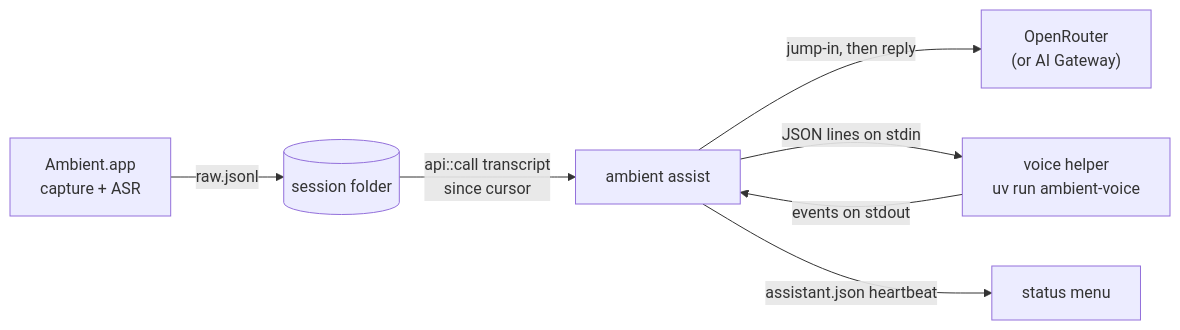
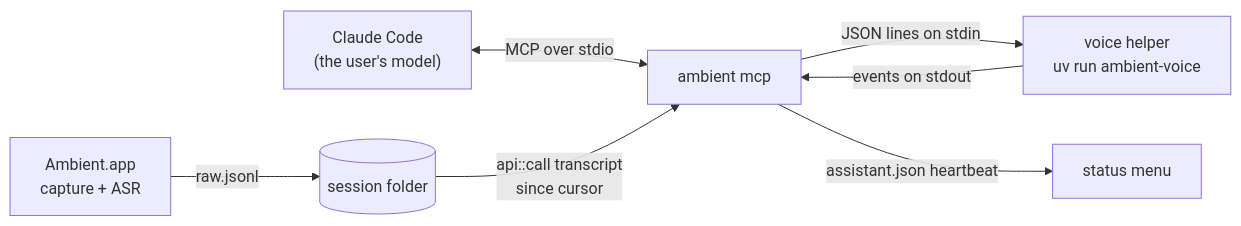
The diagram in docs/developing/live-assistant.md (jasonm4130-labs/ambient), drawn with Mermaid before and after one commit. The commit also changed other lines of this file and 22 other files, not shown here.

First line of the commit message:
Move the live assistant's judgement into the user's own agent over MCP

````diff
--- a/docs/developing/live-assistant.md
+++ b/docs/developing/live-assistant.md
@@ -17,9 +23,9 @@
 ```mermaid
 flowchart LR
     rec["Ambient.app<br/>capture + ASR"] -->|"raw.jsonl"| disk[("session folder")]
-    disk -->|"api::call transcript<br/>since cursor"| assist["ambient assist"]
-    assist -->|"jump-in, then reply"| or["OpenRouter<br/>(or AI Gateway)"]
-    assist -->|"JSON lines on stdin"| helper["voice helper<br/>uv run ambient-voice"]
-    helper -->|"events on stdout"| assist
-    assist -->|"assistant.json heartbeat"| menu["status menu"]
+    cc["Claude Code<br/>(the user's model)"] <-->|"MCP over stdio"| mcp["ambient mcp"]
+    disk -->|"api::call transcript<br/>since cursor"| mcp
+    mcp -->|"JSON lines on stdin"| helper["voice helper<br/>uv run ambient-voice"]
+    helper -->|"events on stdout"| mcp
+    mcp -->|"assistant.json heartbeat"| menu["status menu"]
 ```
````
